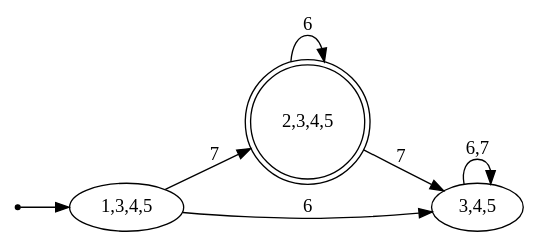
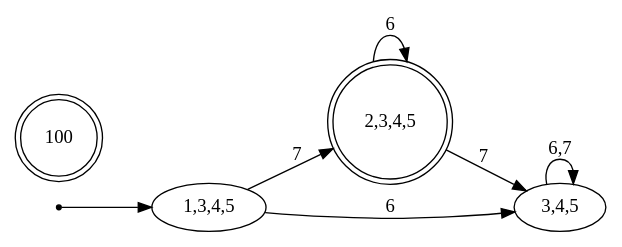
Before and after one commit to GiovA07/A: the diagram in archivos_automatas/automatFiniteWrite.dot, drawn with Graphviz. The commit also changed 3 other files, not shown here.

```diff
--- a/archivos_automatas/automatFiniteWrite.dot
+++ b/archivos_automatas/automatFiniteWrite.dot
@@ -1,15 +1,16 @@
 digraph{
 
 rankdir=LR;
 inic[shape=point];
 
 inic->"1,3,4,5";
 
 "1,3,4,5"->"2,3,4,5" [label="7"];
 "1,3,4,5"->"3,4,5" [label="6"];
 "2,3,4,5"->"2,3,4,5" [label="6"];
 "2,3,4,5"->"3,4,5" [label="7"];
 "3,4,5"->"3,4,5" [label="6,7"];
 
 "2,3,4,5"[shape=doublecircle];
+"100"[shape=doublecircle];
 }
```
